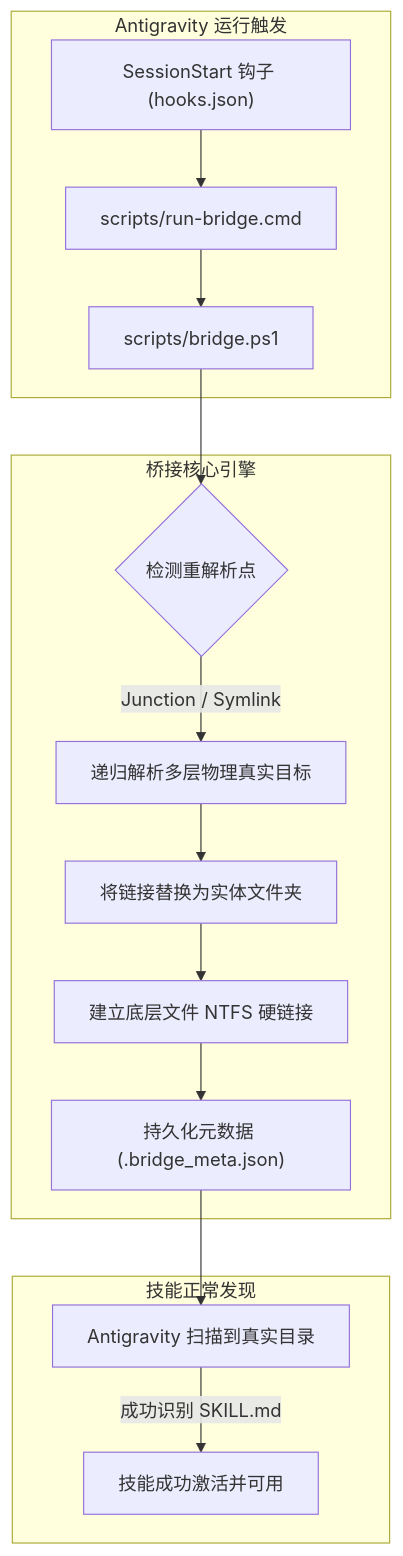
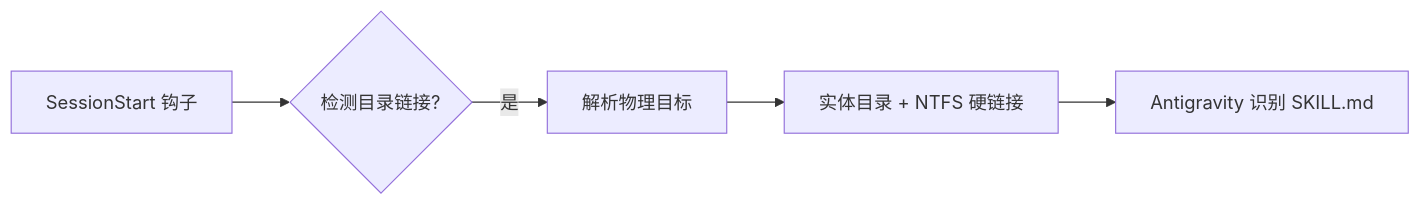
Before and after one commit to wllzhang/antigravity-junction-skill-fix: the diagram in README.zh-CN.md, drawn with Mermaid. The commit also changed 1 other file, not shown here.

Commit message:
docs: compact Mermaid architecture diagram to horizontal flowchart LR

````diff
--- a/README.zh-CN.md
+++ b/README.zh-CN.md
@@ -31,21 +31,7 @@
 ```mermaid
-flowchart TD
-    subgraph engine ["Antigravity 运行触发"]
-        A["SessionStart 钩子 (hooks.json)"] --> B["scripts/run-bridge.cmd"]
-        B --> C["scripts/bridge.ps1"]
-    end
-
-    subgraph bridge ["桥接核心引擎"]
-        D{"检测重解析点"} -->|"Junction / Symlink"| E["递归解析多层物理真实目标"]
-        E --> F["将链接替换为实体文件夹"]
-        F --> G["建立底层文件 NTFS 硬链接"]
-        G --> H["持久化元数据 (.bridge_meta.json)"]
-    end
-
-    subgraph discovery ["技能正常发现"]
-        I["Antigravity 扫描到真实目录"] -->|"成功识别 SKILL.md"| J["技能成功激活并可用"]
-    end
-
-    C --> D
-    H --> I
+flowchart LR
+    A["SessionStart 钩子"] --> B{"检测目录链接?"}
+    B -->|"是"| C["解析物理目标"]
+    C --> D["实体目录 + NTFS 硬链接"]
+    D --> E["Antigravity 识别 SKILL.md"]
 ```
````
